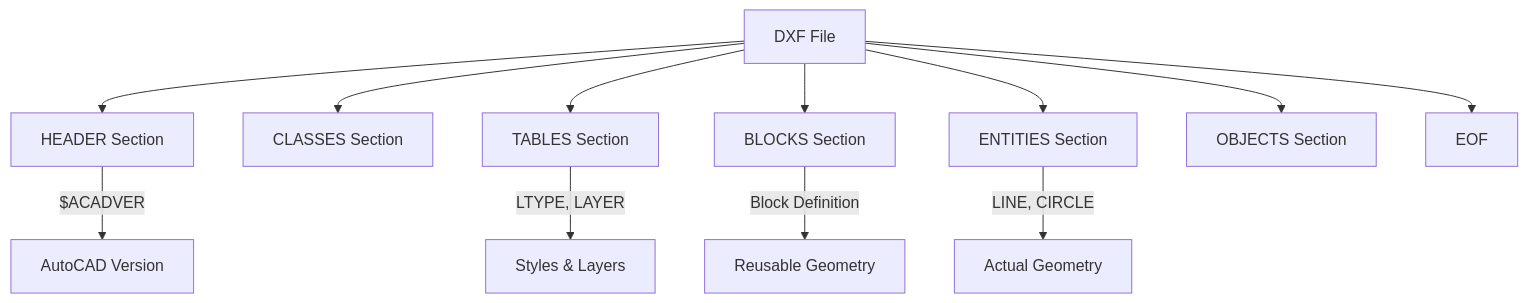
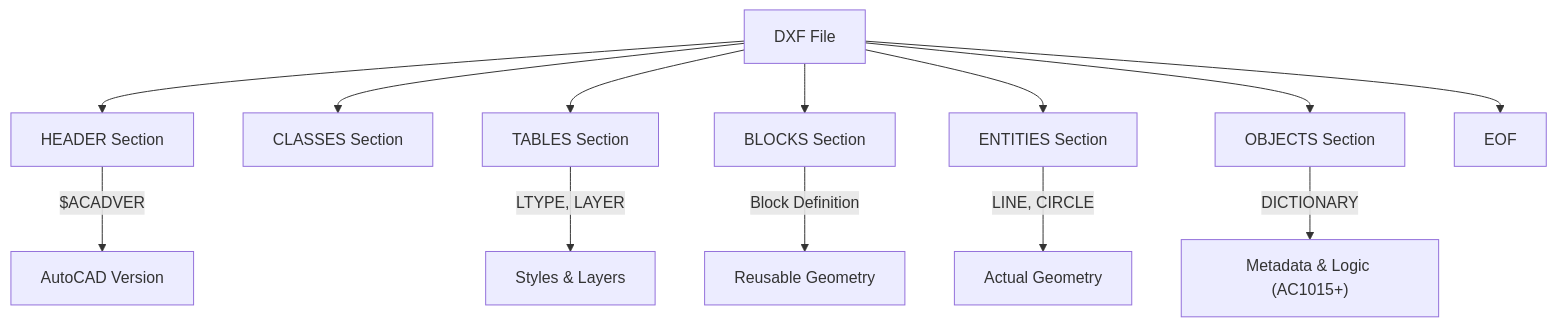
The diagram in structure/tag-and-group-code.md (takuto-NA/dxf-standards-explained), drawn with Mermaid before and after one commit. The commit also changed other lines of this file and 7 other files, not shown here.

Commit message:
Enhance README and documentation structure: Update DXF learning roadmap, improve glossary entries with links, and refine parsing strategy section for better clarity. Adjust sidebar navigation for improved user experience.

````diff
--- a/structure/tag-and-group-code.md
+++ b/structure/tag-and-group-code.md
@@ -37,15 +68,16 @@
 ```mermaid
 graph TD
     File[DXF File] --> Header[HEADER Section]
     File --> Classes[CLASSES Section]
     File --> Tables[TABLES Section]
     File --> Blocks[BLOCKS Section]
     File --> Entities[ENTITIES Section]
     File --> Objects[OBJECTS Section]
     File --> EOF[EOF]
 
     Header --> |"$ACADVER"| Version[AutoCAD Version]
     Tables --> |"LTYPE, LAYER"| Styles[Styles & Layers]
     Blocks --> |"Block Definition"| Definitions[Reusable Geometry]
     Entities --> |"LINE, CIRCLE"| Drawing[Actual Geometry]
+    Objects --> |"DICTIONARY"| NonGraph["Metadata & Logic (AC1015+)"]
 ```
````
